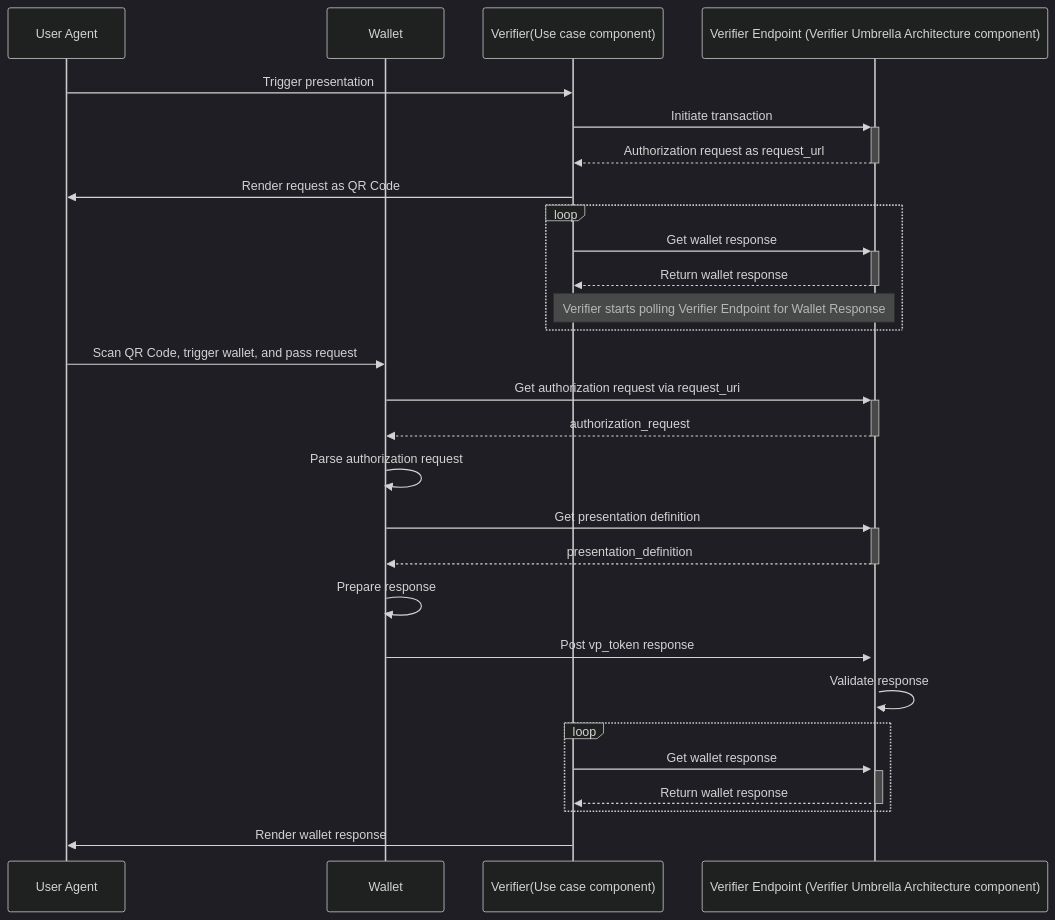
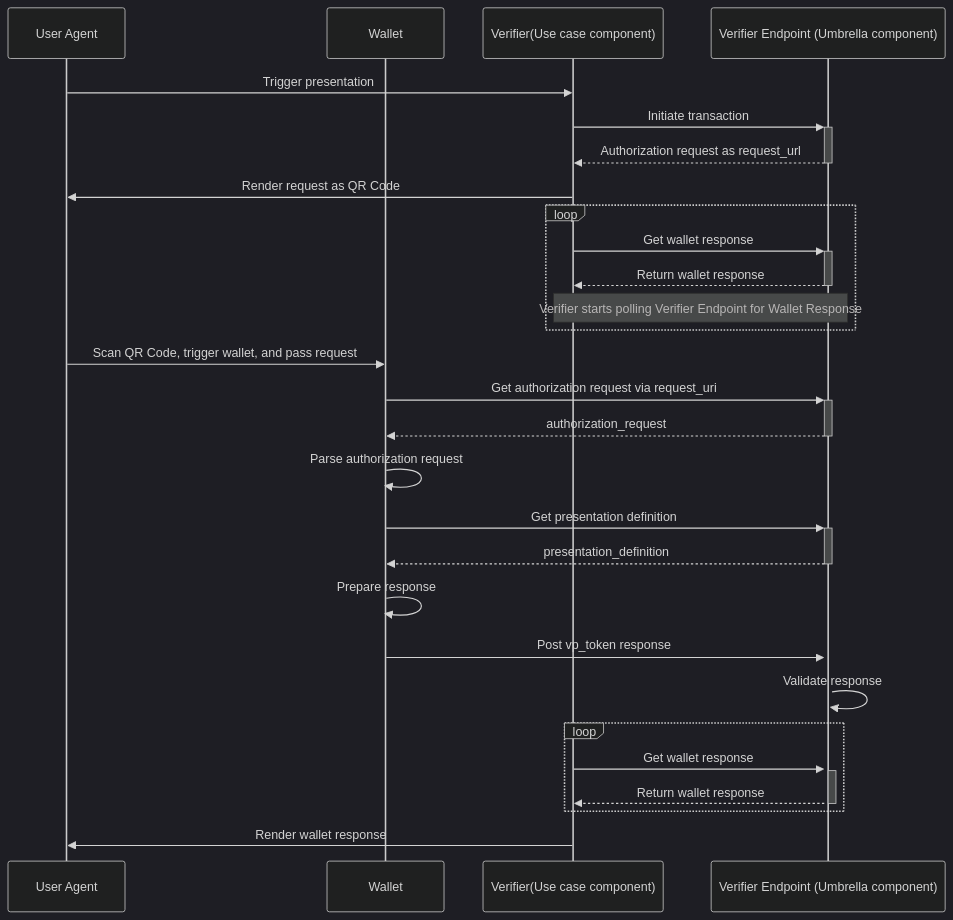
Before and after one commit to trace4eu/vc-and-digital-twin: the second of 2 diagrams in packages/verifier/README.md, drawn with Mermaid (dark theme). The commit also changed other lines of this file and 14 other files, not shown here.

````diff
--- a/packages/verifier/README.md
+++ b/packages/verifier/README.md
@@ -80,41 +80,41 @@
 ```mermaid
 sequenceDiagram    
     participant UA as User Agent
     participant W as Wallet
     participant V as Verifier(Use case component)
-    participant VE as Verifier Endpoint (Verifier Umbrella Architecture component)
+    participant VE as Verifier Endpoint (Umbrella component)
     UA->>V: Trigger presentation 
     
     V->>+VE:  Initiate transaction
     VE-->>-V: Authorization request as request_url
     
     V->>UA: Render request as QR Code
 
     loop
     V->>+VE: Get wallet response
     VE-->>-V: Return wallet response
     Note over V,VE: Verifier starts polling Verifier Endpoint for Wallet Response
     end
 
     UA->>W: Scan QR Code, trigger wallet, and pass request
     
     W->>+VE: Get authorization request via request_uri 
     VE-->>-W: authorization_request
     
     W->>W: Parse authorization request
     
     W->>+VE: Get presentation definition 
     VE-->>-W: presentation_definition
     
     W->>W: Prepare response     
     
     W->>+VE: Post vp_token response 
     VE->>VE: Validate response
 
     loop
     V->>+VE: Get wallet response
     VE-->>-V: Return wallet response
     end
     
     V->>UA: Render wallet response
 ```
````
